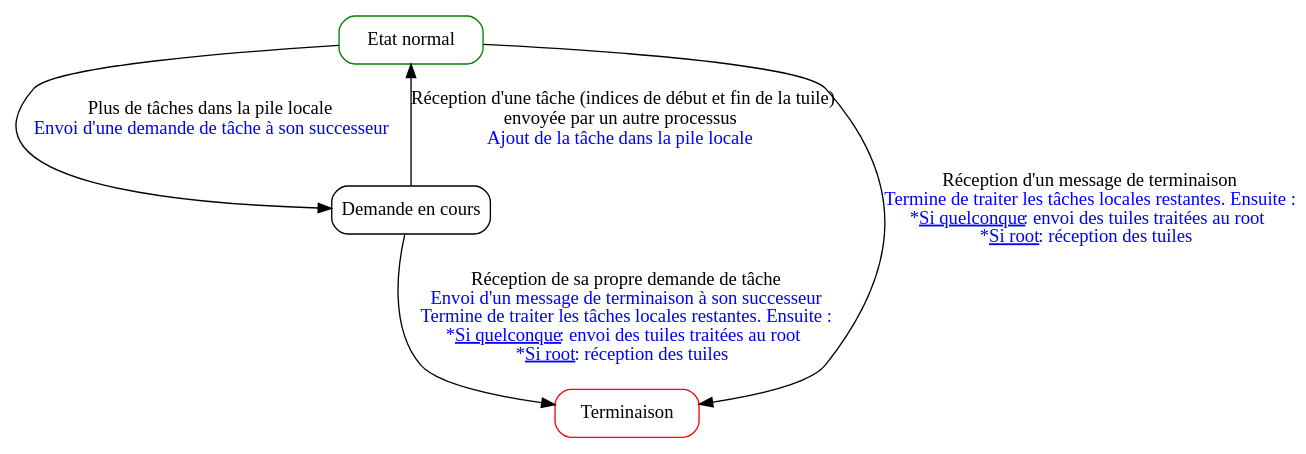
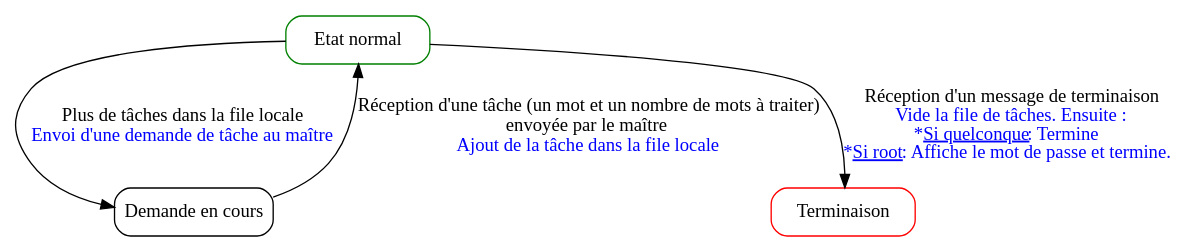
Before and after one commit to aurelienfalco/pg305: the diagram in rapport/img/automat-slave.dot, drawn with Graphviz. The commit also changed 2 other files, not shown here.

```diff
--- a/rapport/img/automat-slave.dot
+++ b/rapport/img/automat-slave.dot
@@ -1,44 +1,41 @@
 digraph coherence {
 
 graph [fontname = "times"];
 node [fontname = "times"];
 edge [fontname = "times"];
 
     node
         [shape=Mrecord width=1.5];
 
     subgraph process_automaton {
 
         label="Process";
 
         //
         // States (Nodes)
         //
 
         "Process::Normal"
             [root="true" color="green" label="{Etat normal}"];
 
         "Process::Demande"
             [label="{Demande en cours}"];
 
         "Process::Terminaison"
             [color="red" label="{Terminaison}"];
 
         //
         // Transitions (Edges)
         //
 
         "Process::Normal" -> "Process::Demande"
-            [label=<Plus de tâches dans la pile locale<BR/><FONT color="blue">Envoi d'une demande de tâche à son successeur</FONT>>];
+            [label=<Plus de tâches dans la file locale<BR/><FONT color="blue">Envoi d'une demande de tâche au maître</FONT>>];
 
         "Process::Demande" -> "Process::Normal"
-            [label=<Réception d'une tâche (indices de début et fin de la tuile)<BR/>envoyée par un autre processus<BR/><FONT color="blue">Ajout de la tâche dans la pile locale</FONT>>];
+            [label=<Réception d'une tâche (un mot et un nombre de mots à traiter)<BR/>envoyée par le maître<BR/><FONT color="blue">Ajout de la tâche dans la file locale</FONT>>];
 
         "Process::Normal" -> "Process::Terminaison"
-            [label=<Réception d'un message de terminaison<BR/><FONT color="blue">Termine de traiter les tâches locales restantes. Ensuite :<BR/>*<u>Si quelconque</u> : envoi des tuiles traitées au root<BR/>*<u>Si root</u> : réception des tuiles</FONT>>];
-
-        "Process::Demande" -> "Process::Terminaison"
-            [label=<Réception de sa propre demande de tâche<BR/><FONT color="blue">Envoi d'un message de terminaison à son successeur<BR/>Termine de traiter les tâches locales restantes. Ensuite :<BR/>*<u>Si quelconque</u> : envoi des tuiles traitées au root<BR/>*<u>Si root</u> : réception des tuiles</FONT>>];
+            [label=<Réception d'un message de terminaison<BR/><FONT color="blue">Vide la file de tâches. Ensuite :<BR/>*<u>Si quelconque</u> : Termine<BR/>*<u>Si root</u> : Affiche le mot de passe et termine.</FONT>>];
     }
 
 }
```
